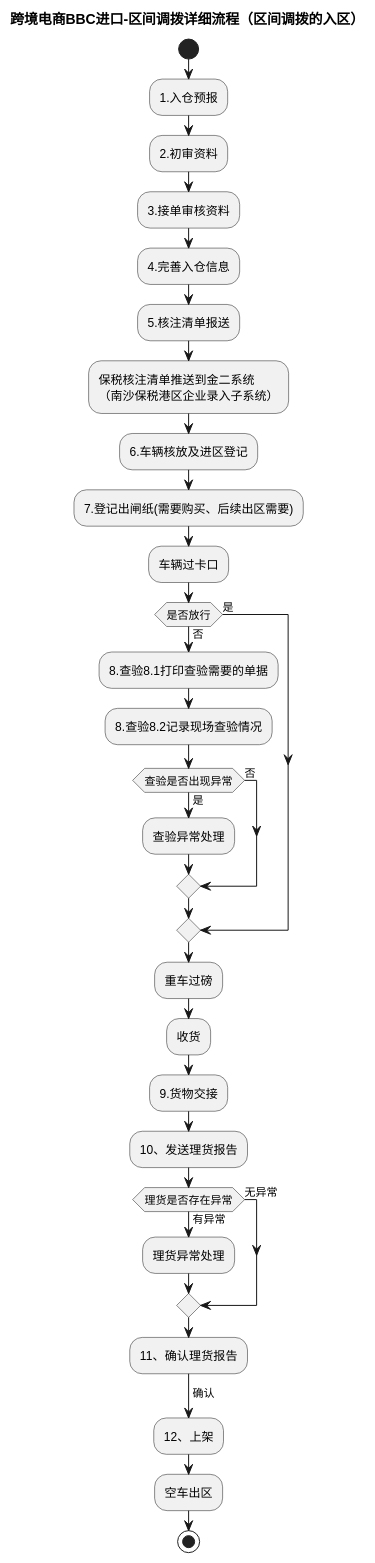
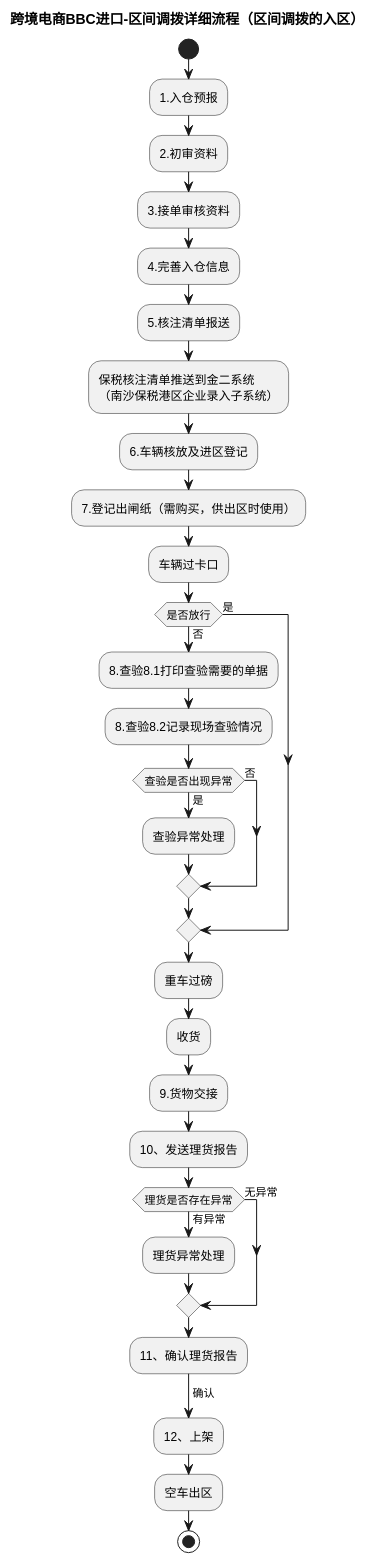
The second of 6 diagrams in product-caliber/goldjet/segmented-prd/mainflow/PRD.高捷物流系统一期.主流程.06.跨境电商BBC进口-入出区与调拨流程.md (jack888332/projects-doc), drawn with PlantUML before and after one commit. The commit also changed other lines of this file and 59 other files, not shown here.

````diff
--- a/product-caliber/goldjet/segmented-prd/mainflow/PRD.高捷物流系统一期.主流程.06.跨境电商BBC进口-入出区与调拨流程.md
+++ b/product-caliber/goldjet/segmented-prd/mainflow/PRD.高捷物流系统一期.主流程.06.跨境电商BBC进口-入出区与调拨流程.md
@@ -60,37 +53,37 @@
 ```plantuml
 @startuml
 title 跨境电商BBC进口-区间调拨详细流程（区间调拨的入区）
 start
 :1.入仓预报;
 :2.初审资料;
 :3.接单审核资料;
 :4.完善入仓信息;
 :5.核注清单报送;
 :保税核注清单推送到金二系统\n（南沙保税港区企业录入子系统）;
 :6.车辆核放及进区登记;
-:7.登记出闸纸(需要购买、后续出区需要);
+:7.登记出闸纸（需购买，供出区时使用）;
 :车辆过卡口;
 if (是否放行) then (是)
 else (否)
   :8.查验8.1打印查验需要的单据;
   :8.查验8.2记录现场查验情况;
   if (查验是否出现异常) then (是)
     :查验异常处理;
   else (否)
   endif
 endif
 :重车过磅;
 :收货;
 :9.货物交接;
 :10、发送理货报告;
 if (理货是否存在异常) then (有异常)
   :理货异常处理;
 else (无异常)
 endif
 :11、确认理货报告;
 -> 确认;
 :12、上架;
 :空车出区;
 stop
 @enduml
 ```
````
